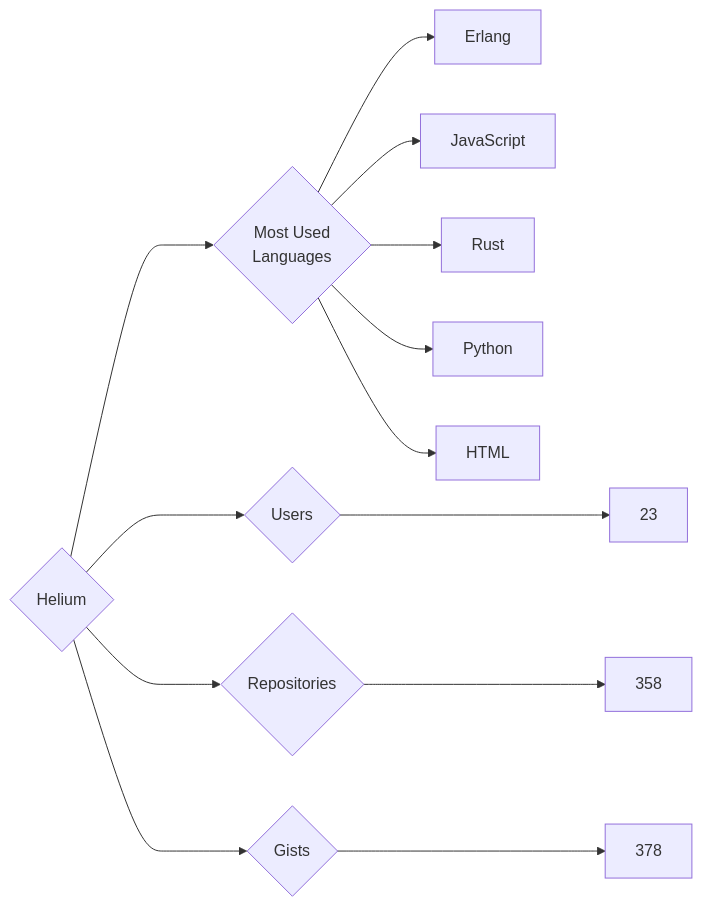
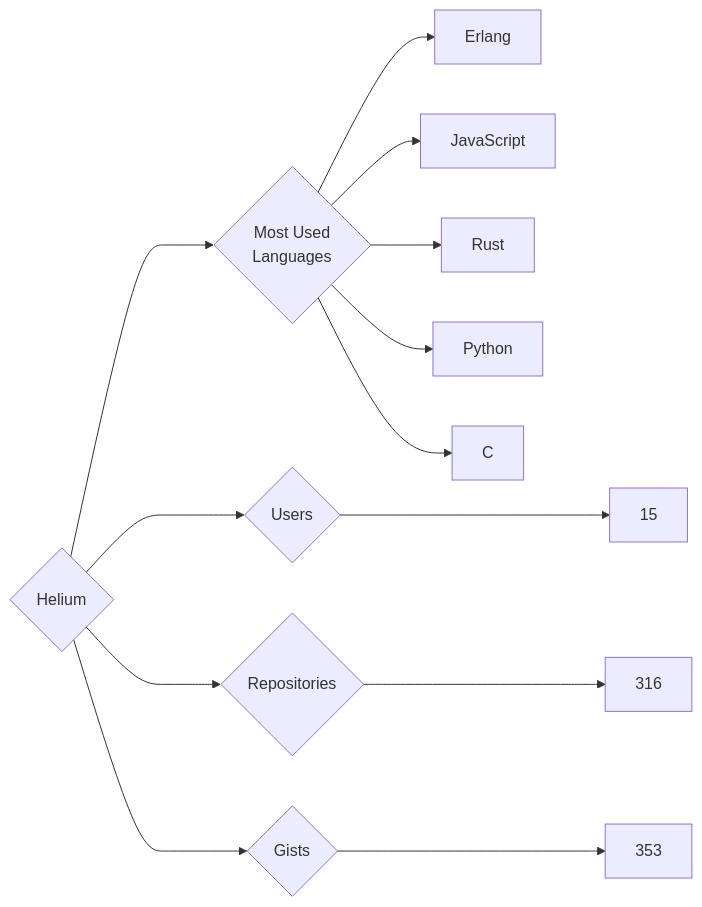
The diagram in targets/Helium/README.md (trickest/insiders), drawn with Mermaid before and after one commit. The commit also changed 745 other files, not shown here.

````diff
--- a/targets/Helium/README.md
+++ b/targets/Helium/README.md
@@ -3,13 +3,13 @@
 ```mermaid
 graph LR
 COMPANY_NAME{Helium}
-COMPANY_NAME ---> U{Users} ---> UN[23]
-COMPANY_NAME ---> R{Repositories} ---> RN[358]
-COMPANY_NAME ---> G{Gists} ---> GN[378]
+COMPANY_NAME ---> U{Users} ---> UN[15]
+COMPANY_NAME ---> R{Repositories} ---> RN[316]
+COMPANY_NAME ---> G{Gists} ---> GN[353]
 COMPANY_NAME ---> ML{Most Used<br>Languages}
 ML --> Erlang[Erlang]
 ML --> JavaScript[JavaScript]
 ML --> Rust[Rust]
 ML --> Python[Python]
-ML --> HTML[HTML]
+ML --> C[C]
 ```
````
